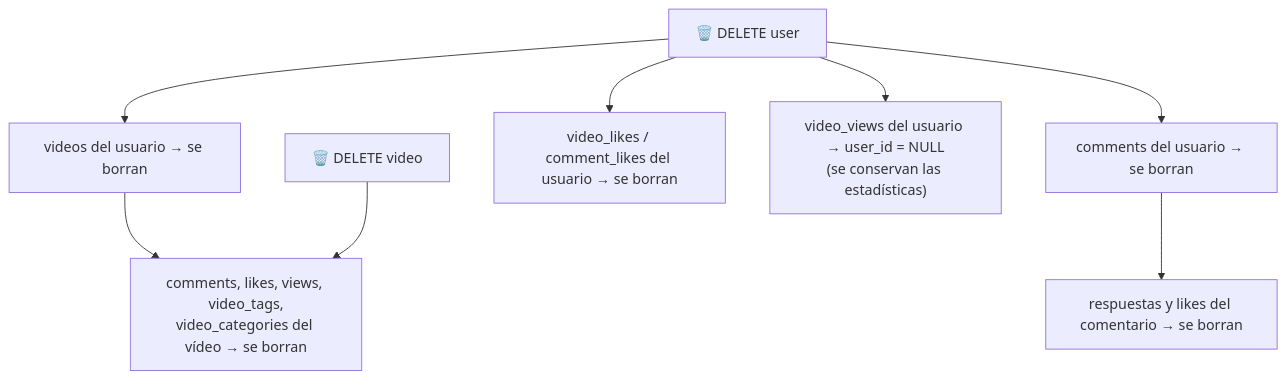
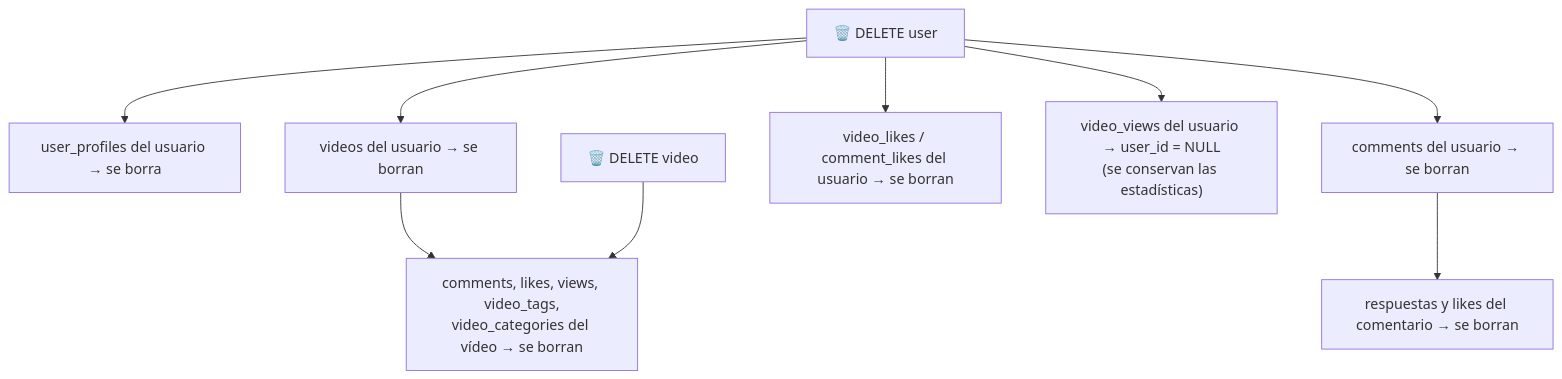
One commit to Criiiss/protube_labG2 changed the eighth of 11 diagrams in docs/DATABASE.md. Above: the diagram before and after it, drawn with Mermaid. The commit also changed other lines of this file and 1 other file, not shown here.

````diff
--- a/docs/DATABASE.md
+++ b/docs/DATABASE.md
@@ -371,10 +422,11 @@
 ```mermaid
 flowchart TD
-    U["🗑️ DELETE user"] --> V["videos del usuario → se borran"]
+    U["🗑️ DELETE user"] --> P["user_profiles del usuario → se borra"]
+    U --> V["videos del usuario → se borran"]
     U --> C["comments del usuario → se borran"]
     U --> L["video_likes / comment_likes del usuario → se borran"]
     U --> VV["video_views del usuario → user_id = NULL<br/>(se conservan las estadísticas)"]
     V --> V2["comments, likes, views, video_tags,<br/>video_categories del vídeo → se borran"]
     C --> C2["respuestas y likes del comentario → se borran"]
     T["🗑️ DELETE video"] --> V2
 ```
````
